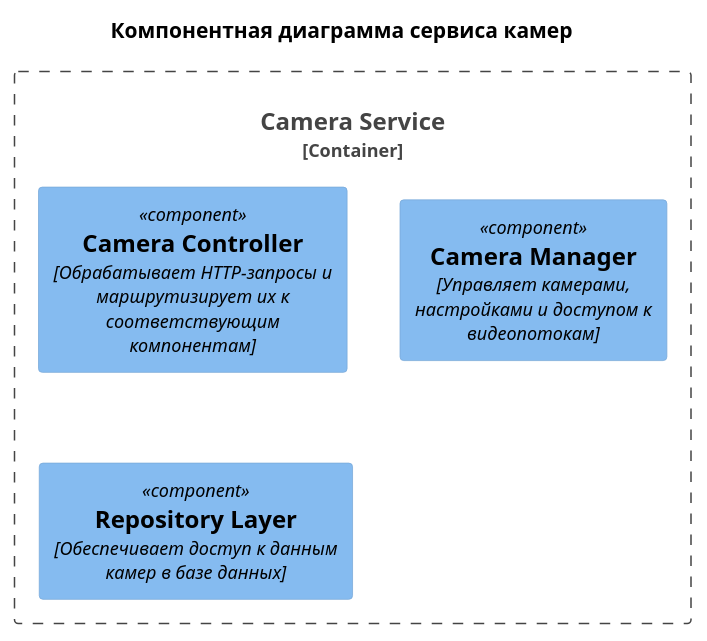
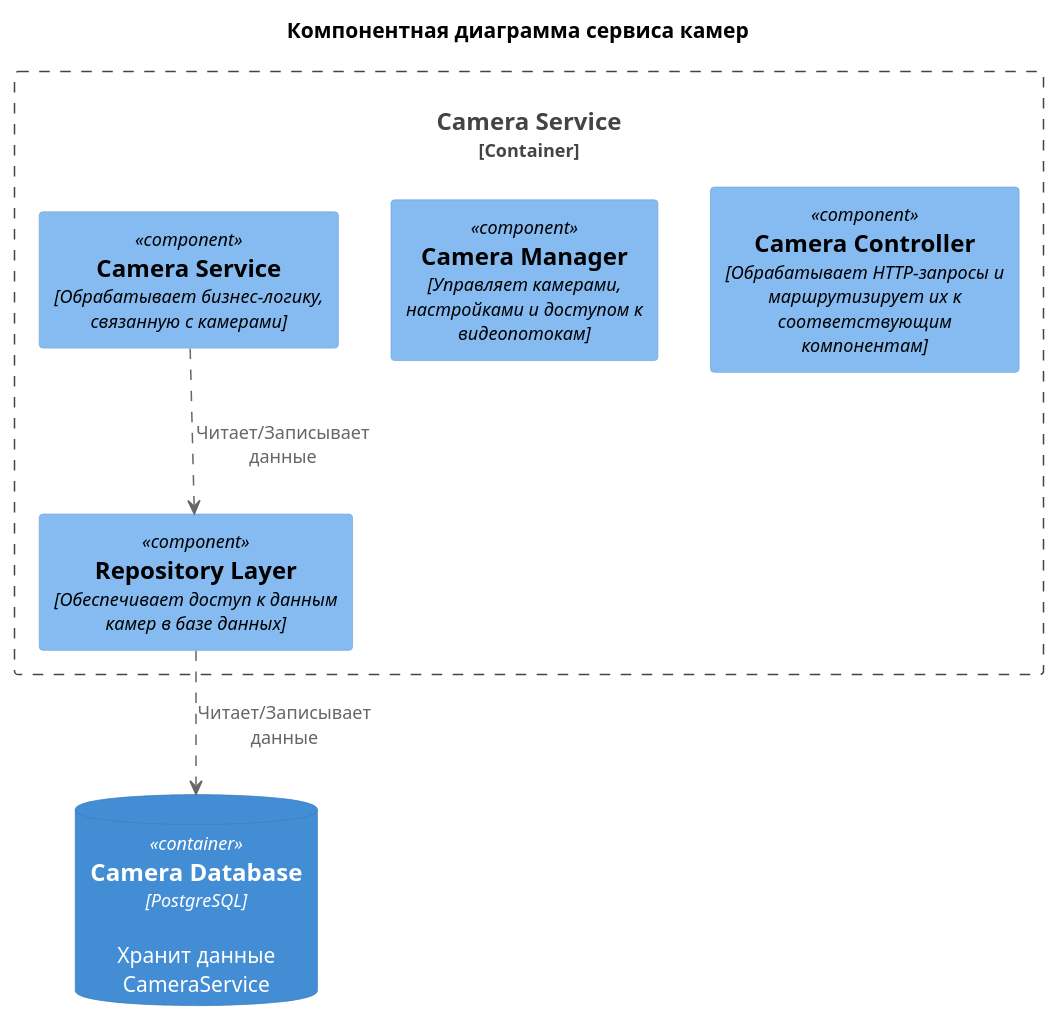
One commit to PAKETIKk/architecture-warmhouse changed the diagram in diagrams/component/component-CameraService.puml. Above: the diagram before and after it, drawn with PlantUML. The commit also changed 5 other files, not shown here.

Commit message:
Изменения для работы с UML, изменения container.uml

```diff
--- a/diagrams/component/component-CameraService.puml
+++ b/diagrams/component/component-CameraService.puml
@@ -1,15 +1,20 @@
 @startuml
 title Компонентная диаграмма сервиса камер
-!includeurl https://raw.githubusercontent.com/RicardoNiepel/C4-PlantUML/master/C4_Component.puml
+!include ../../uml-lib/C4_Component.puml
 ' Сервис камер
 Container_Boundary(CameraService, "Camera Service") {
 ' Компоненты сервиса камер
-  Component(CameraController, "Camera Controller", "Обрабатывает HTTP-запросы и маршрутизирует их к соответствующим компонентам")
-  Component(CameraManager, "Camera Manager", "Управляет камерами, настройками и доступом к видеопотокам")
-  Component(CameraRepository, "Repository Layer", "Обеспечивает доступ к данным камер в базе данных")
+  Component(ControllerComponent, "Camera Controller","Обрабатывает HTTP-запросы и маршрутизирует их к соответствующим компонентам")
+  Component(ManagerComponent, "Camera Manager", "Управляет камерами, настройками и доступом к видеопотокам")
+  Component(ServiceComponent, "Camera Service", "Обрабатывает бизнес-логику, связанную с камерами")
+  Component(RepositoryComponent, "Repository Layer", "Обеспечивает доступ к данным камер в базе данных")
 }
 ' СУБД Camera Service
+ContainerDb(CameraDatabase, "Camera Database", "PostgreSQL", "Хранит данные CameraService")
+' Взаимодействия
+ServiceComponent ..> RepositoryComponent : "Читает/Записывает данные"
+RepositoryComponent ..> CameraDatabase : "Читает/Записывает данные"
 
 
 
 @enduml
```
